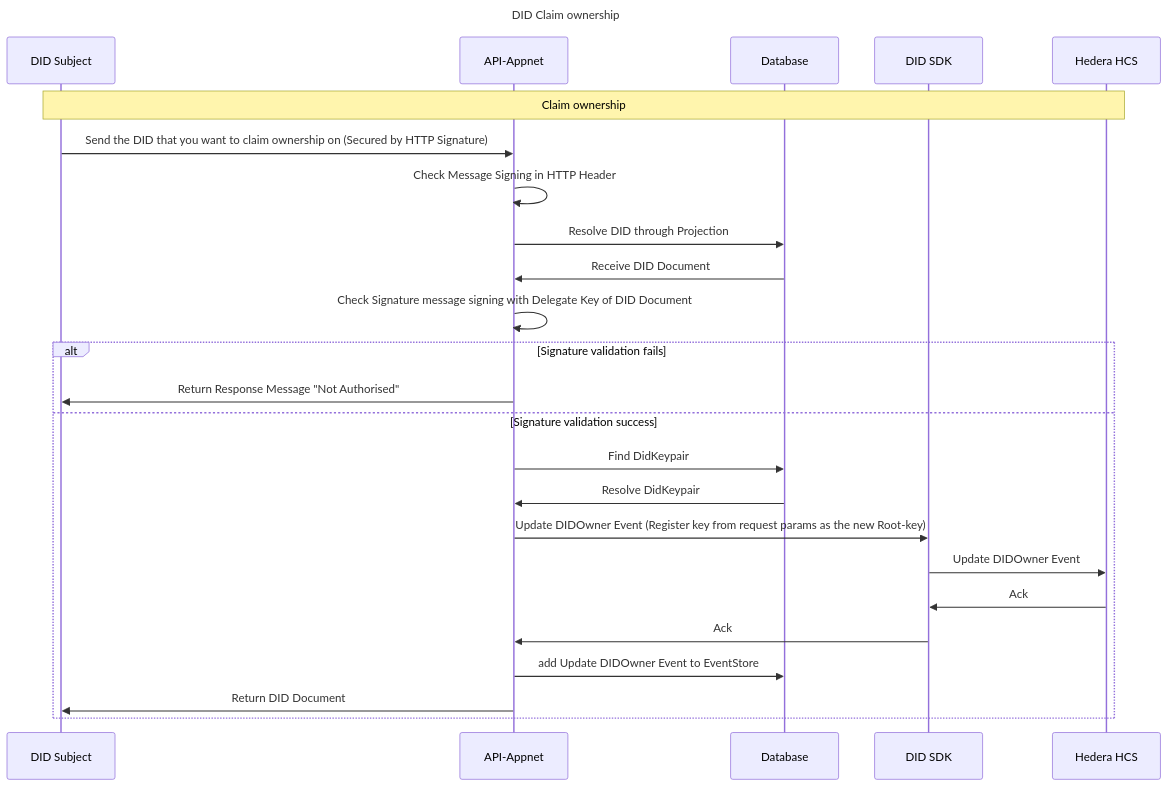
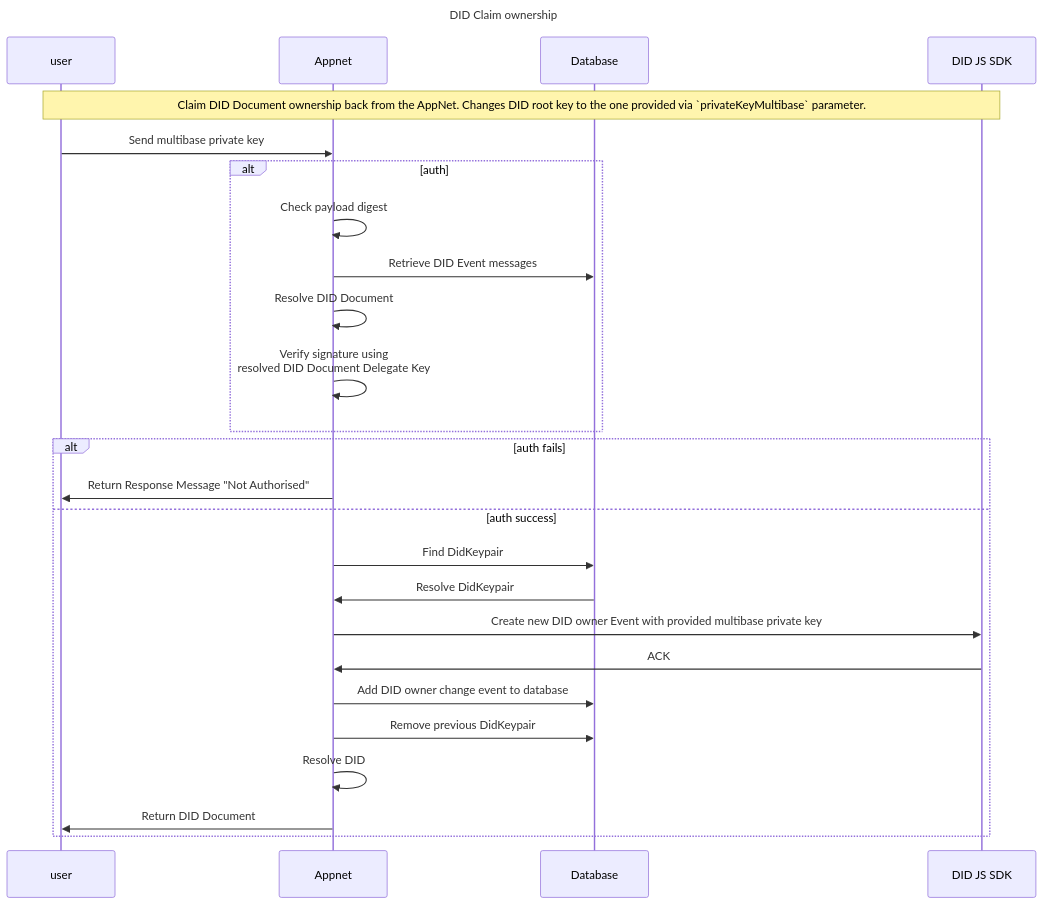
The diagram in documentation/diagrams/did-claim-ownership.mmd (Meeco/hedera-did-identity-network), drawn with Mermaid before and after one commit.

```diff
--- a/documentation/diagrams/did-claim-ownership.mmd
+++ b/documentation/diagrams/did-claim-ownership.mmd
@@ -1,27 +1,29 @@
 sequenceDiagram
 Title: DID Claim ownership
 
-participant Subject as DID Subject
-participant API as API-Appnet
-participant Database as Database
-participant DIDSDK as DID SDK
-participant HCS as Hedera HCS
+participant user as user
+participant API as Appnet
+participant DB as Database
+participant SDK as DID JS SDK
 
-note over Subject,HCS: Claim ownership
-Subject ->> API: Send the DID that you want to claim ownership on (Secured by HTTP Signature)
-API ->> API: Check Message Signing in HTTP Header
-API ->> Database: Resolve DID through Projection
-Database ->> API: Receive DID Document
-API ->> API: Check Signature message signing with Delegate Key of DID Document
-alt Signature validation fails
-API ->> Subject: Return Response Message "Not Authorised"
-else Signature validation success
-API ->> Database: Find DidKeypair
-Database ->> API: Resolve DidKeypair
-API ->> DIDSDK:  Update DIDOwner Event  (Register key from request params as the new Root-key)
-DIDSDK ->> HCS:  Update DIDOwner Event
-HCS ->> DIDSDK: Ack
-DIDSDK ->> API: Ack
-API ->> Database: add Update DIDOwner Event to EventStore
-API ->> Subject: Return DID Document
+
+note over user, SDK: Claim DID Document ownership back from the AppNet. Changes DID root key to the one provided via `privateKeyMultibase` parameter.
+user ->> API: Send multibase private key
+alt auth
+API ->> API: Check payload digest
+API ->> DB: Retrieve DID Event messages
+API ->> API: Resolve DID Document
+API ->> API: Verify signature using <br> resolved DID Document Delegate Key
+end 
+alt auth fails
+API ->> user: Return Response Message "Not Authorised"
+else auth success
+API ->> DB: Find DidKeypair
+DB ->> API: Resolve DidKeypair
+API ->> SDK: Create new DID owner Event with provided multibase private key 
+SDK ->> API: ACK 
+API ->> DB: Add DID owner change event to database
+API ->> DB: Remove previous DidKeypair
+API ->> API: Resolve DID
+API ->> user: Return DID Document
 end
```
